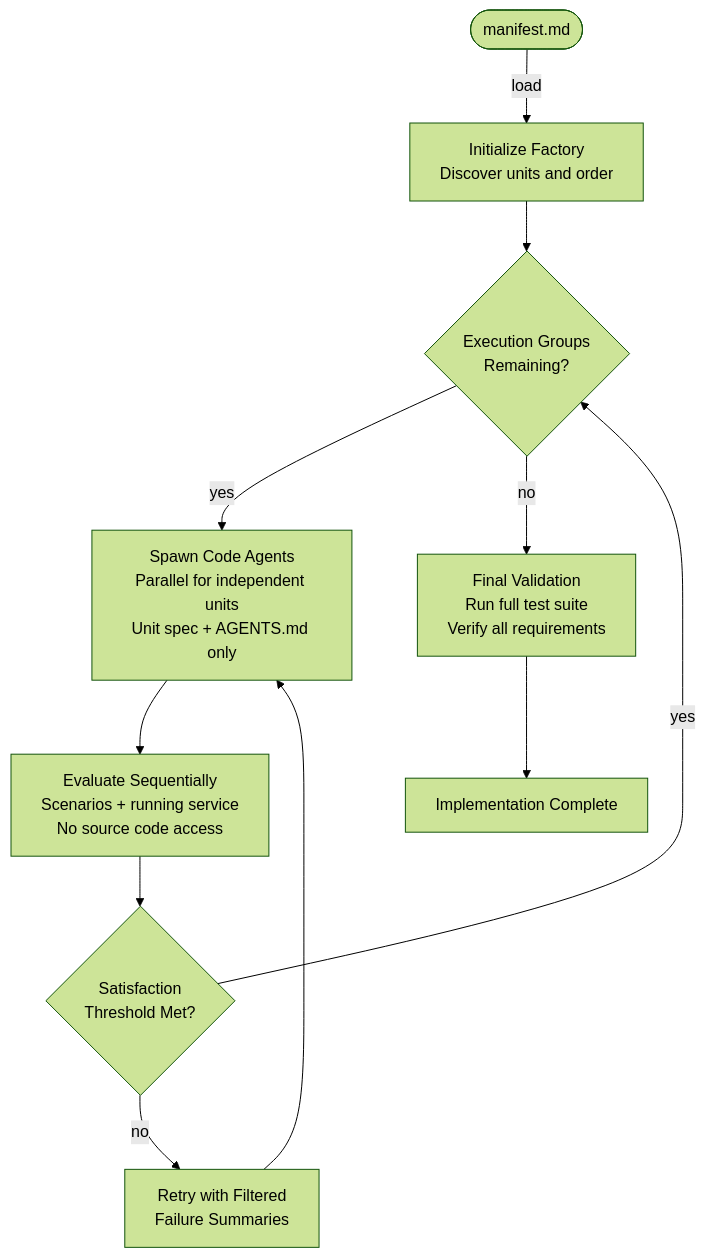
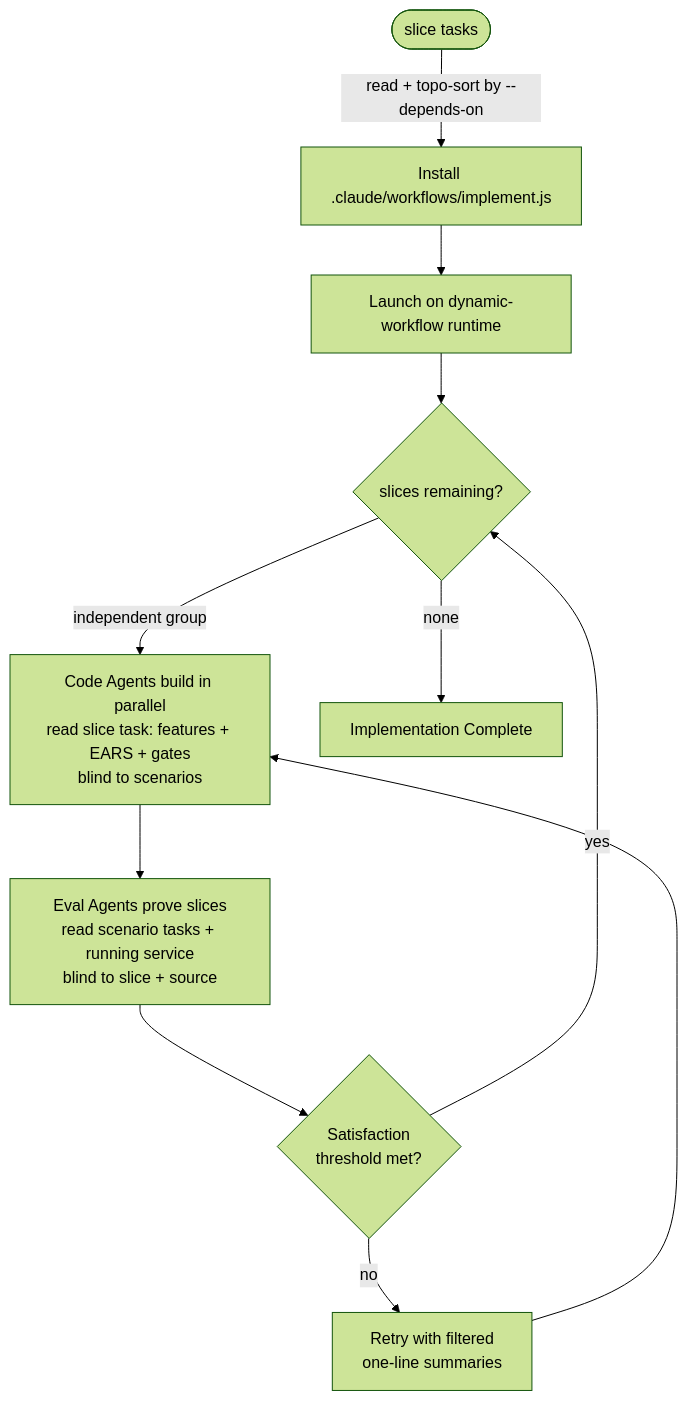
Before and after one commit to rsmdt/the-startup: the second of 10 diagrams in plugins/start/README.md, drawn with Mermaid (forest theme). The commit also changed other lines of this file and 2 other files, not shown here.

Commit message:
docs: describe single implement flow + task-tracker model

````diff
--- a/plugins/start/README.md
+++ b/plugins/start/README.md
@@ -124,13 +120,13 @@
 ```mermaid
 flowchart TD
-    A([manifest.md]) --> |load| B[Initialize Factory<br/>Discover units and order]
-    B --> C{Execution Groups<br>Remaining?}
-    C --> |yes| D[Spawn Code Agents<br/>Parallel for independent units<br/>Unit spec + AGENTS.md only]
-    D --> E[Evaluate Sequentially<br/>Scenarios + running service<br/>No source code access]
-    E --> F{Satisfaction<br>Threshold Met?}
-    F --> |no| G[Retry with Filtered<br/>Failure Summaries]
-    G --> D
-    F --> |yes| C
-    C --> |no| H[Final Validation<br/>Run full test suite<br/>Verify all requirements]
-    H --> END[Implementation Complete]
+    A([slice tasks]) --> |read + topo-sort by --depends-on| B[Install .claude/workflows/implement.js]
+    B --> C[Launch on dynamic-workflow runtime]
+    C --> D{slices remaining?}
+    D --> |independent group| E[Code Agents build in parallel<br/>read slice task: features + EARS + gates<br/>blind to scenarios]
+    E --> F[Eval Agents prove slices<br/>read scenario tasks + running service<br/>blind to slice + source]
+    F --> G{Satisfaction<br>threshold met?}
+    G --> |no| H[Retry with filtered<br/>one-line summaries]
+    H --> E
+    G --> |yes| D
+    D --> |none| END[Implementation Complete]
 ```
````
